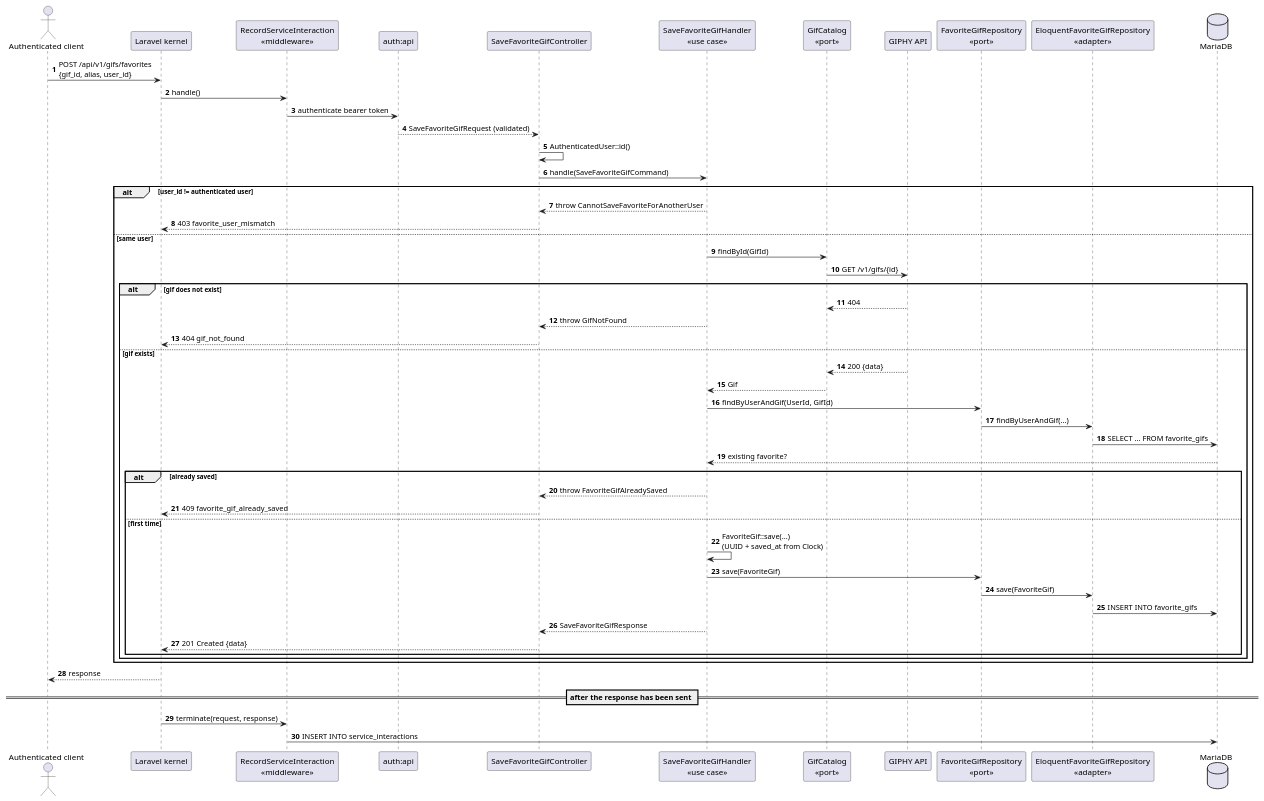
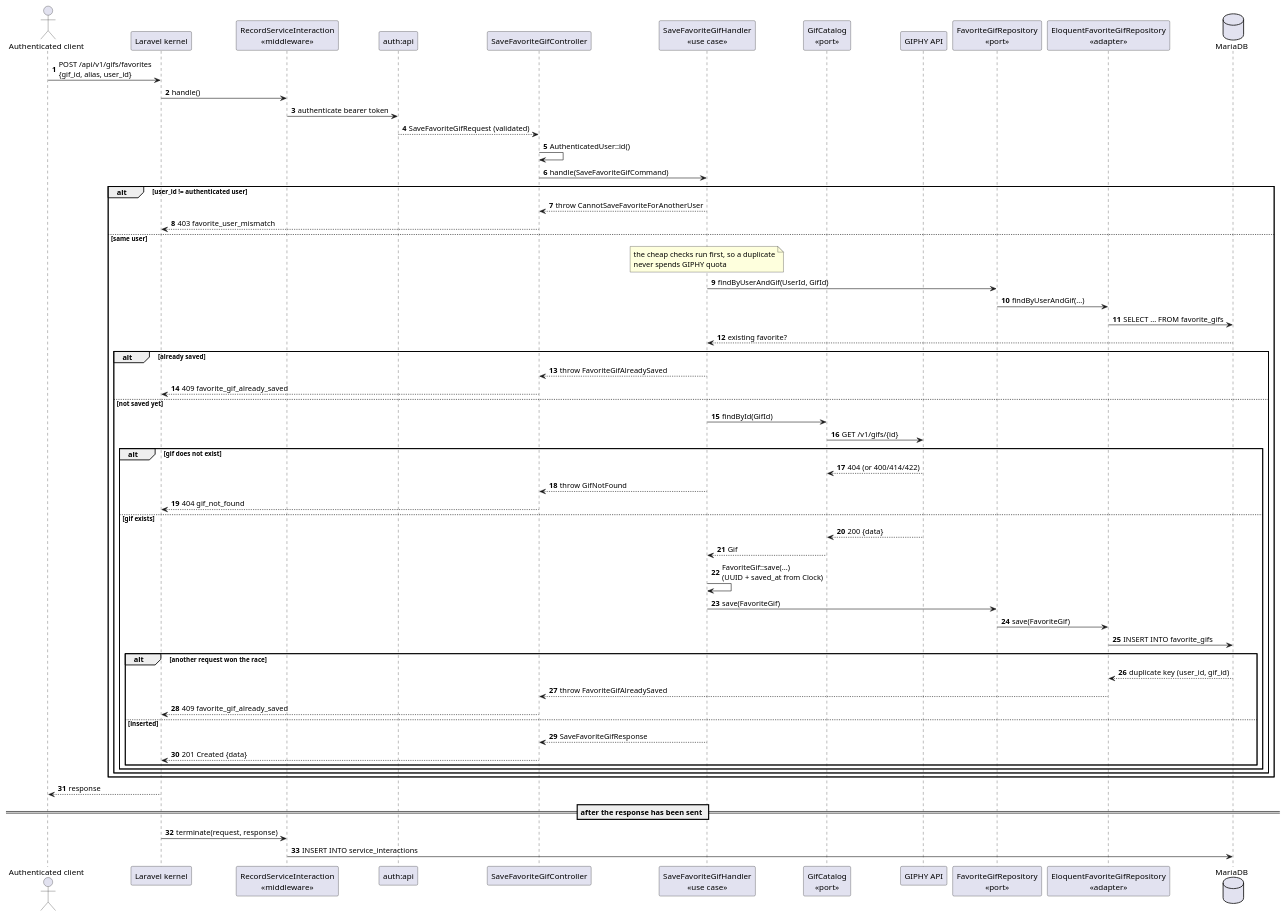
Before and after one commit to alexisrivero/challenge-prex: the diagram in docs/diagrams/sequence-save-favorite-gif.puml, drawn with PlantUML. The commit also changed 7 other files, not shown here.

First line of the commit message:
Bring the UML diagrams back in sync with the code

```diff
--- a/docs/diagrams/sequence-save-favorite-gif.puml
+++ b/docs/diagrams/sequence-save-favorite-gif.puml
@@ -1,62 +1,69 @@
 @startuml sequence-save-favorite-gif
 ' ---------------------------------------------------------------------------
 ' UC4 - Save favorite GIF (POST /api/v1/gifs/favorites)
 ' ---------------------------------------------------------------------------
 skinparam shadowing false
 autonumber
 
 actor "Authenticated client" as Client
 participant "Laravel kernel" as Kernel
 participant "RecordServiceInteraction\n<<middleware>>" as Audit
 participant "auth:api" as Guard
 participant "SaveFavoriteGifController" as Controller
 participant "SaveFavoriteGifHandler\n<<use case>>" as Handler
 participant "GifCatalog\n<<port>>" as Catalog
 participant "GIPHY API" as Giphy
 participant "FavoriteGifRepository\n<<port>>" as Repo
 participant "EloquentFavoriteGifRepository\n<<adapter>>" as Adapter
 database "MariaDB" as DB
 
 Client -> Kernel : POST /api/v1/gifs/favorites\n{gif_id, alias, user_id}
 Kernel -> Audit : handle()
 Audit -> Guard : authenticate bearer token
 Guard --> Controller : SaveFavoriteGifRequest (validated)
 Controller -> Controller : AuthenticatedUser::id()
 Controller -> Handler : handle(SaveFavoriteGifCommand)
 
 alt user_id != authenticated user
   Handler --> Controller : throw CannotSaveFavoriteForAnotherUser
   Controller --> Kernel : 403 favorite_user_mismatch
 else same user
-  Handler -> Catalog : findById(GifId)
-  Catalog -> Giphy : GET /v1/gifs/{id}
-  alt gif does not exist
-    Giphy --> Catalog : 404
-    Handler --> Controller : throw GifNotFound
-    Controller --> Kernel : 404 gif_not_found
-  else gif exists
-    Giphy --> Catalog : 200 {data}
-    Catalog --> Handler : Gif
-    Handler -> Repo : findByUserAndGif(UserId, GifId)
-    Repo -> Adapter : findByUserAndGif(...)
-    Adapter -> DB : SELECT ... FROM favorite_gifs
-    DB --> Handler : existing favorite?
-    alt already saved
-      Handler --> Controller : throw FavoriteGifAlreadySaved
-      Controller --> Kernel : 409 favorite_gif_already_saved
-    else first time
+  note over Handler : the cheap checks run first, so a duplicate\nnever spends GIPHY quota
+  Handler -> Repo : findByUserAndGif(UserId, GifId)
+  Repo -> Adapter : findByUserAndGif(...)
+  Adapter -> DB : SELECT ... FROM favorite_gifs
+  DB --> Handler : existing favorite?
+  alt already saved
+    Handler --> Controller : throw FavoriteGifAlreadySaved
+    Controller --> Kernel : 409 favorite_gif_already_saved
+  else not saved yet
+    Handler -> Catalog : findById(GifId)
+    Catalog -> Giphy : GET /v1/gifs/{id}
+    alt gif does not exist
+      Giphy --> Catalog : 404 (or 400/414/422)
+      Handler --> Controller : throw GifNotFound
+      Controller --> Kernel : 404 gif_not_found
+    else gif exists
+      Giphy --> Catalog : 200 {data}
+      Catalog --> Handler : Gif
       Handler -> Handler : FavoriteGif::save(...)\n(UUID + saved_at from Clock)
       Handler -> Repo : save(FavoriteGif)
       Repo -> Adapter : save(FavoriteGif)
       Adapter -> DB : INSERT INTO favorite_gifs
-      Handler --> Controller : SaveFavoriteGifResponse
-      Controller --> Kernel : 201 Created {data}
+      alt another request won the race
+        DB --> Adapter : duplicate key (user_id, gif_id)
+        Adapter --> Controller : throw FavoriteGifAlreadySaved
+        Controller --> Kernel : 409 favorite_gif_already_saved
+      else inserted
+        Handler --> Controller : SaveFavoriteGifResponse
+        Controller --> Kernel : 201 Created {data}
+      end
     end
   end
 end
 Kernel --> Client : response
 
 == after the response has been sent ==
 Kernel -> Audit : terminate(request, response)
 Audit -> DB : INSERT INTO service_interactions
 @enduml
```
